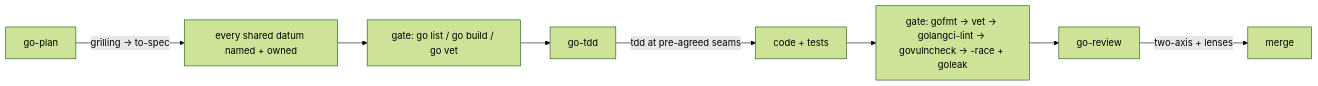
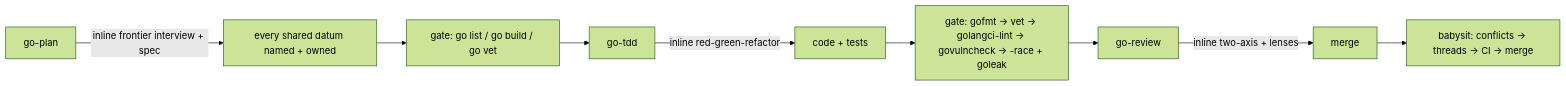
One commit to aniqaqill/bad-agent-kit changed the diagram in docs/playbooks/go-work.md. Above: the diagram before and after it, drawn with Mermaid (forest theme). The commit also changed other lines of this file and 30 other files, not shown here.

````diff
--- a/docs/playbooks/go-work.md
+++ b/docs/playbooks/go-work.md
@@ -5,10 +7,11 @@
 ```mermaid
 flowchart LR
-  GP[go-plan] -->|grilling -> to-spec| P["every shared datum named + owned"]
+  GP[go-plan] -->|inline frontier interview + spec| P["every shared datum named + owned"]
   P --> G1["gate: go list / go build / go vet"]
   G1 --> GT[go-tdd]
-  GT -->|tdd at pre-agreed seams| I[code + tests]
+  GT -->|inline red-green-refactor| I[code + tests]
   I --> G2["gate: gofmt -> vet -> golangci-lint -> govulncheck -> -race + goleak"]
   G2 --> GR[go-review]
-  GR -->|two-axis + lenses| M[merge]
+  GR -->|inline two-axis + lenses| M[merge]
+  M --> BS[babysit: conflicts -> threads -> CI -> merge]
 ```
````
